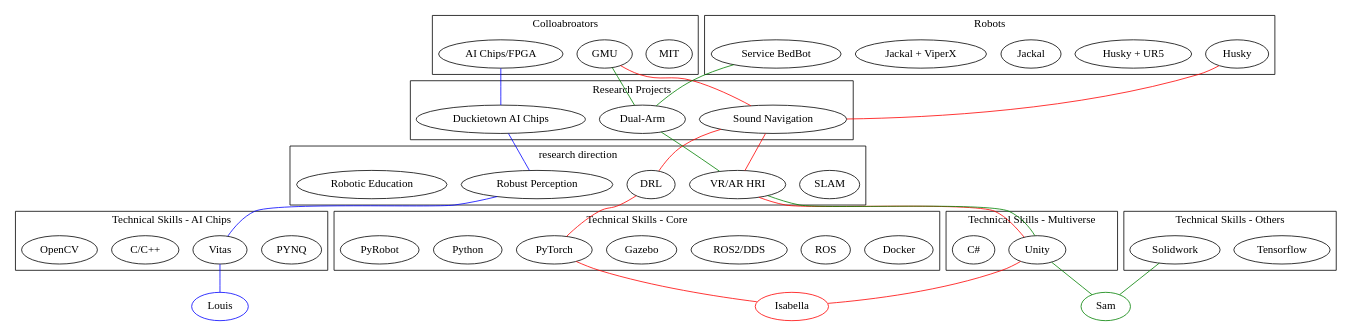
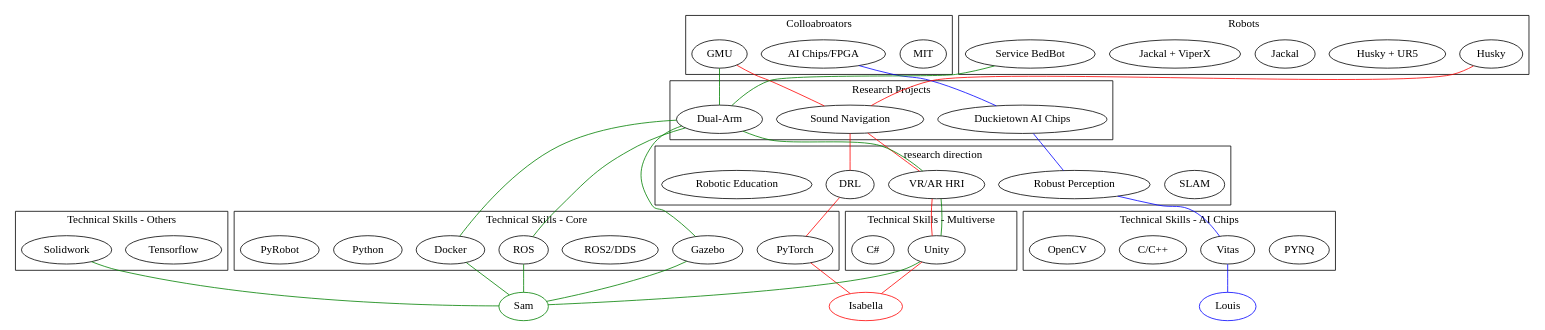
The diagram in research_tree_lab.dot (ARG-NCTU/robotics-skill-tree), drawn with Graphviz before and after one commit.

Commit message:
update tree

```diff
--- a/research_tree_lab.dot
+++ b/research_tree_lab.dot
@@ -1,59 +1,61 @@
 
 graph {
 subgraph cluster_A {
 label = "Colloabroators" ;
 "MIT" "GMU" "AI Chips/FPGA"
 }
 
 subgraph cluster_A1 {
 label = "Robots" ;
 "Husky" "Husky + UR5" "Jackal" "Jackal + ViperX" "Service BedBot"
 }
 
 subgraph cluster_B{
 label = "Research Projects" ;
 "Duckietown AI Chips" "Sound Navigation" "Dual-Arm"
 
 }
 
 subgraph cluster_C{
 label = "research direction";
 "SLAM" "DRL" "Robust Perception" "VR/AR HRI" "Robotic Education"
 }
 
 subgraph cluster_D{
 label = "Technical Skills - Core" ;
 "Docker" "ROS" "ROS2/DDS" "Gazebo" "PyTorch" "Python" "PyRobot"
 }
 
 subgraph cluster_D1{
 label = "Technical Skills - Multiverse" ;
 "Unity" "C#" 
 }
 
 subgraph cluster_D2{
 label = "Technical Skills - AI Chips" ;
  "PYNQ" "Vitas" "C/C++" "OpenCV"
 }
 
 subgraph cluster_D3{
 label = "Technical Skills - Others" ;
 "ROS" "ROS2/DDS" "Tensorflow" "Solidwork" 
 }
 
 "Isabella" [color=red];
 "GMU" -- "Sound Navigation" -- "VR/AR HRI" -- "Unity" -- "Isabella"[color=red];
 "Husky" --  "Sound Navigation" -- "DRL" -- "PyTorch" -- "Isabella"[color=red];
 
 
 "Sam" [color=green];
 "GMU" -- "Dual-Arm" -- "VR/AR HRI" -- "Unity" -- "Sam"[color=green];
-"Service BedBot" --  "Dual-Arm" [color=green]; 
+"Service BedBot" --  "Dual-Arm" -- "ROS" --"Sam" [color=green]; 
+		     "Dual-Arm" -- "Gazebo" -- "Sam" [color=green];
+		     "Dual-Arm" -- "Docker" -- "Sam" [color=green];
 "Solidwork" -- "Sam"[color=green];
 
 "Louis" [color=blue];
 "AI Chips/FPGA" -- "Duckietown AI Chips" -- "Robust Perception" -- "Vitas" -- "Louis"[color=blue];
 
 
 
 }
```
